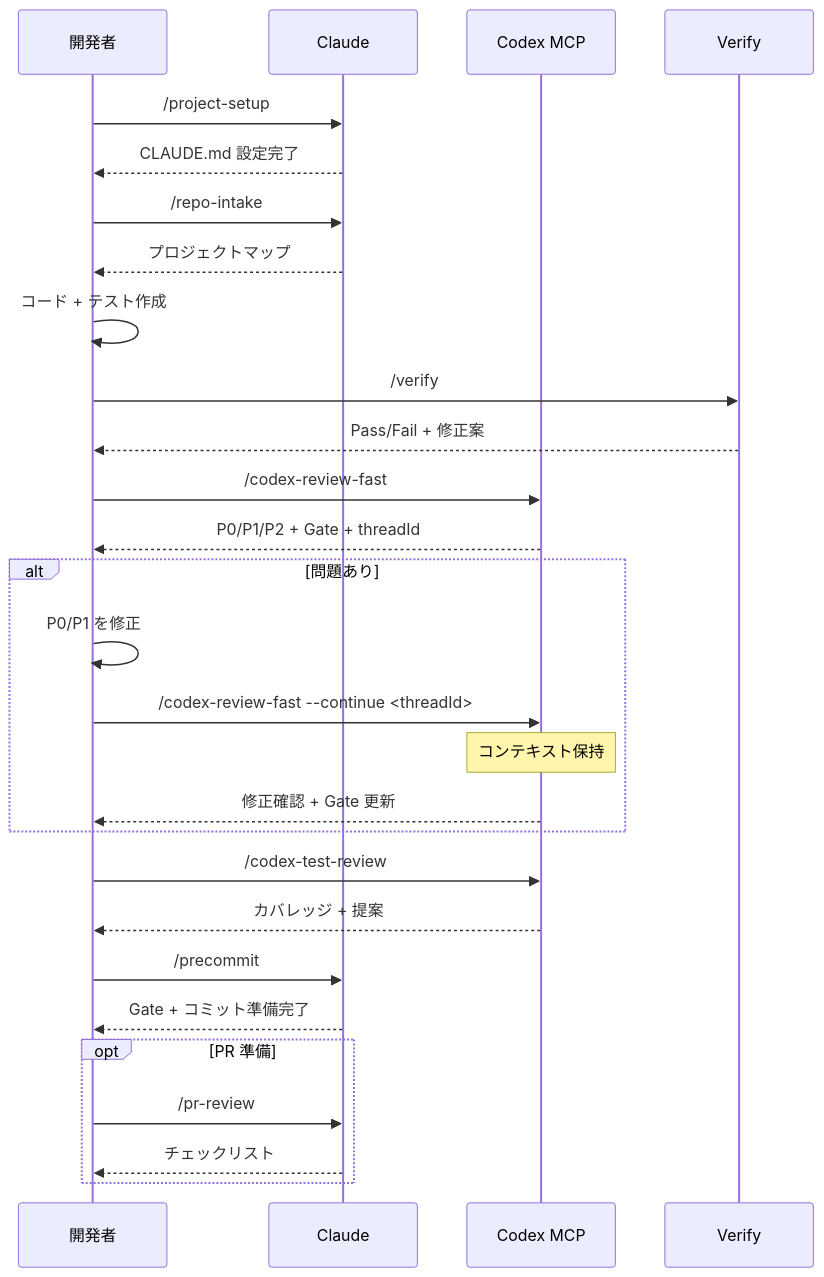
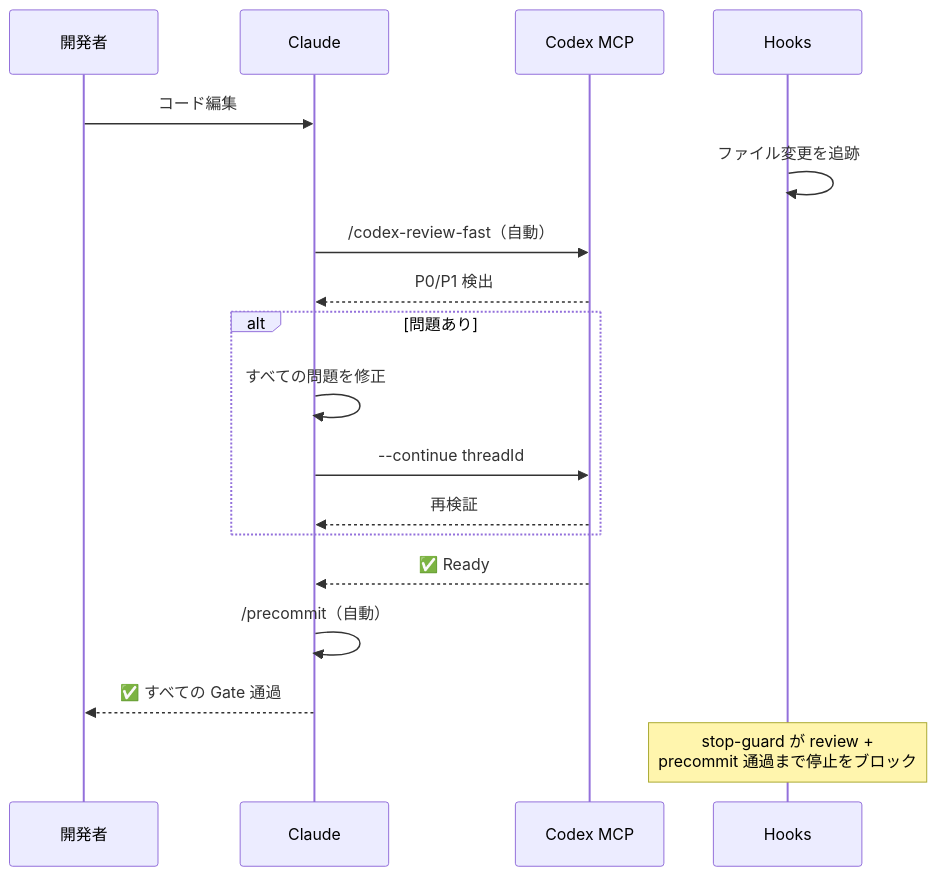
One commit to jupiter-Pulin/Uranus-dev-flow changed the first of 5 diagrams in README.ja.md. Above: the diagram before and after it, drawn with Mermaid. The commit also changed other lines of this file and 6 other files, not shown here.

````diff
--- a/README.ja.md
+++ b/README.ja.md
@@ -67,39 +71,24 @@
 ```mermaid
 sequenceDiagram
     participant D as 開発者
     participant C as Claude
     participant X as Codex MCP
-    participant V as Verify
+    participant H as Hooks
 
-    D->>C: /project-setup
-    C-->>D: CLAUDE.md 設定完了
-
-    D->>C: /repo-intake
-    C-->>D: プロジェクトマップ
-
-    D->>D: コード + テスト作成
-
-    D->>V: /verify
-    V-->>D: Pass/Fail + 修正案
-
-    D->>X: /codex-review-fast
-    X-->>D: P0/P1/P2 + Gate + threadId
+    D->>C: コード編集
+    H->>H: ファイル変更を追跡
+    C->>X: /codex-review-fast（自動）
+    X-->>C: P0/P1 検出
 
     alt 問題あり
-        D->>D: P0/P1 を修正
-        D->>X: /codex-review-fast --continue <threadId>
-        Note over X: コンテキスト保持
-        X-->>D: 修正確認 + Gate 更新
+        C->>C: すべての問題を修正
+        C->>X: --continue threadId
+        X-->>C: 再検証
     end
 
-    D->>X: /codex-test-review
-    X-->>D: カバレッジ + 提案
+    X-->>C: ✅ Ready
+    C->>C: /precommit（自動）
+    C-->>D: ✅ すべての Gate 通過
 
-    D->>C: /precommit
-    C-->>D: Gate + コミット準備完了
-
-    opt PR 準備
-        D->>C: /pr-review
-        C-->>D: チェックリスト
-    end
+    Note over H: stop-guard が review +<br/>precommit 通過まで停止をブロック
 ```
````
